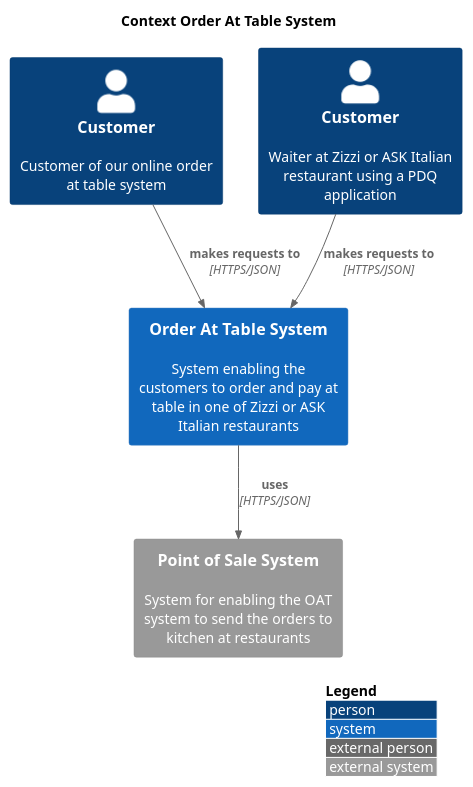
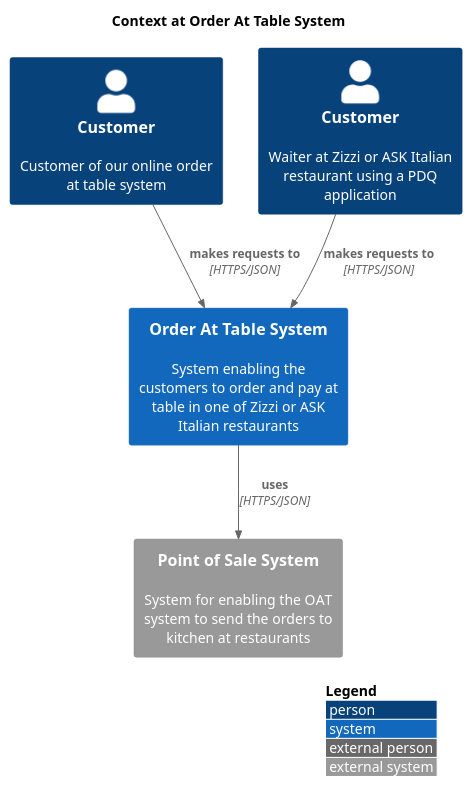
One commit to anandakumarpalanisamy/css-recipes changed the diagram in uml/oatcontext.puml. Above: the diagram before and after it, drawn with PlantUML.

```diff
--- a/uml/oatcontext.puml
+++ b/uml/oatcontext.puml
@@ -1,17 +1,17 @@
 @startuml
 !include https://raw.githubusercontent.com/plantuml-stdlib/C4-PlantUML/master/C4_Context.puml
 
 LAYOUT_WITH_LEGEND()
 
-title Context Order At Table System
+title Context at Order At Table System
 
 Person(ecommCustomer, Customer, "Customer of our online order at table system")
 Person(pdqWaiter, Customer, "Waiter at Zizzi or ASK Italian restaurant using a PDQ application")
 System(oat, "Order At Table System", "System enabling the customers to order and pay at table in one of Zizzi or ASK Italian restaurants")
 System_Ext(comtrex, "Point of Sale System", "System for enabling the OAT system to send the orders to kitchen at restaurants")
 
 Rel(ecommCustomer, oat, "makes requests to", "HTTPS/JSON")
 Rel(pdqWaiter, oat, "makes requests to", "HTTPS/JSON")
 Rel(oat, comtrex, "uses", "HTTPS/JSON")
 
 @enduml
```
